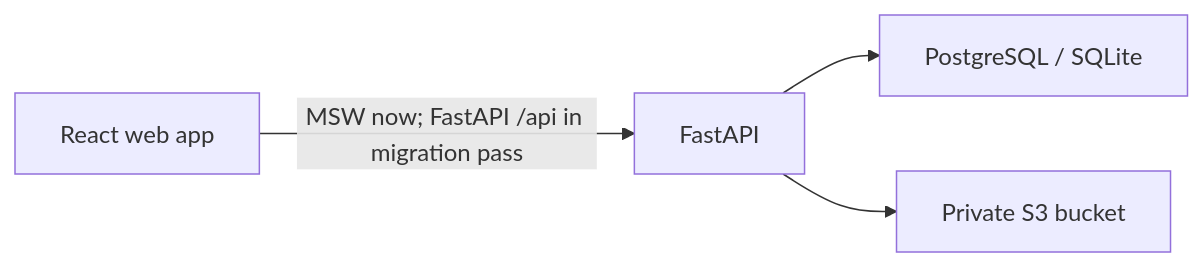
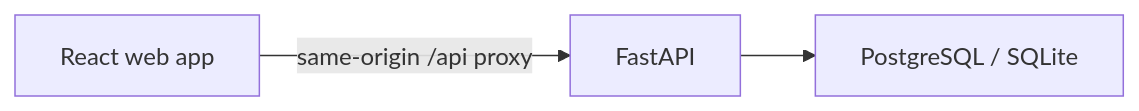
One commit to RahulGusai/pricing-calculator changed the diagram in README.md. Above: the diagram before and after it, drawn with Mermaid. The commit also changed other lines of this file and 77 other files, not shown here.

````diff
--- a/README.md
+++ b/README.md
@@ -57,6 +60,5 @@
 ```mermaid
 flowchart LR
-    Browser["React web app"] -->|"MSW now; FastAPI /api in migration pass"| API["FastAPI"]
+    Browser["React web app"] -->|"same-origin /api proxy"| API["FastAPI"]
     API --> DB["PostgreSQL / SQLite"]
-    API --> S3["Private S3 bucket"]
 ```
````
